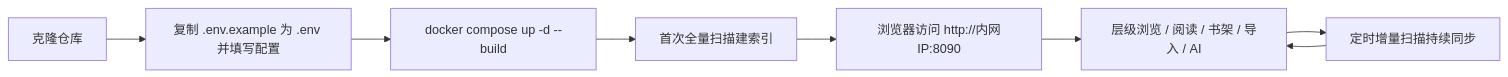
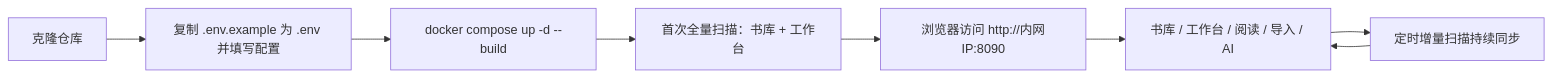
One commit to CrystalGabrielle/LanternDesk changed the first of 2 diagrams in README.md. Above: the diagram before and after it, drawn with Mermaid. The commit also changed other lines of this file and 33 other files, not shown here.

````diff
--- a/README.md
+++ b/README.md
@@ -93,10 +113,10 @@
 ```mermaid
 flowchart LR
     A["克隆仓库"] --> B["复制 .env.example 为 .env 并填写配置"]
     B --> C["docker compose up -d --build"]
-    C --> D["首次全量扫描建索引"]
+    C --> D["首次全量扫描：书库 + 工作台"]
     D --> E["浏览器访问 http://内网IP:8090"]
-    E --> F["层级浏览 / 阅读 / 书架 / 导入 / AI"]
+    E --> F["书库 / 工作台 / 阅读 / 导入 / AI"]
     F --> G["定时增量扫描持续同步"]
     G --> F
 ```
````
